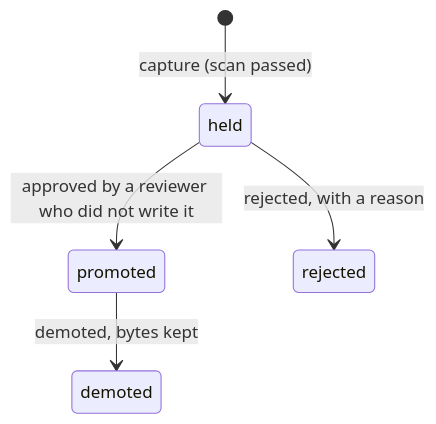
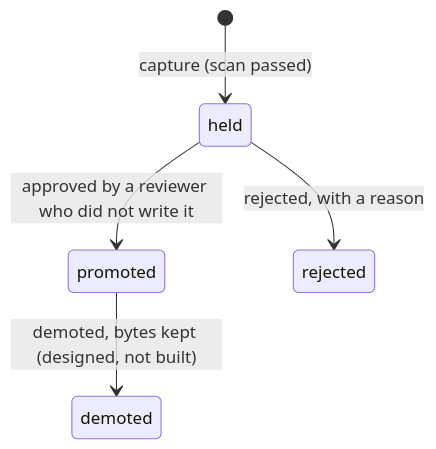
One commit to e8kor/open-memory-lab changed the diagram in docs/architecture/admission.md. Above: the diagram before and after it, drawn with Mermaid. The commit also changed other lines of this file and 19 other files, not shown here.

````diff
--- a/docs/architecture/admission.md
+++ b/docs/architecture/admission.md
@@ -19,7 +21,7 @@
 ```mermaid
 stateDiagram-v2
     [*] --> held : capture (scan passed)
     held --> promoted : approved by a reviewer who did not write it
     held --> rejected : rejected, with a reason
-    promoted --> demoted : demoted, bytes kept
+    promoted --> demoted : demoted, bytes kept (designed, not built)
 ```
````
